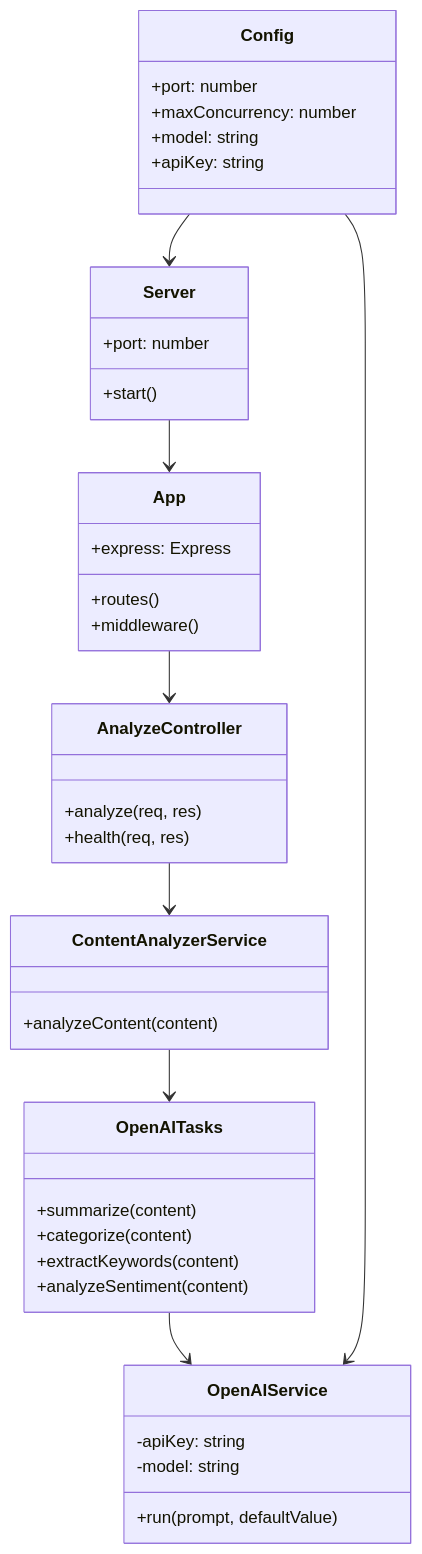
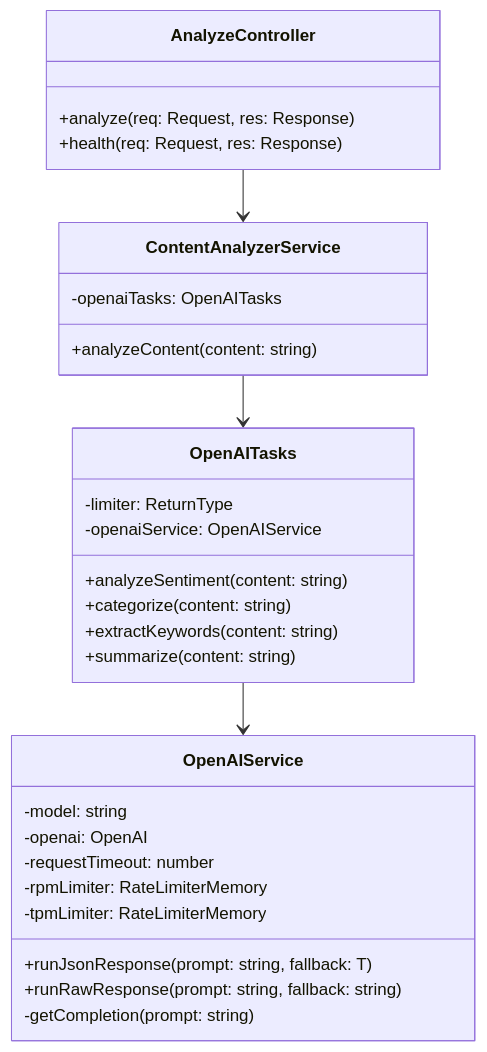
One commit to asanchezyali/backend-typescript-express-template changed the first of 4 diagrams in README.md. Above: the diagram before and after it, drawn with Mermaid. The commit also changed other lines of this file and 8 other files, not shown here.

Commit message:
feat: update environment configuration, add tiktoken dependency, and enhance OpenAI service with token estimation and concurrency limits

````diff
--- a/README.md
+++ b/README.md
@@ -60,50 +126,36 @@
 ```mermaid
 classDiagram
-    class Server {
-        +port: number
-        +start()
+    class OpenAIService {
+        -model: string
+        -openai: OpenAI
+        -requestTimeout: number
+        -rpmLimiter: RateLimiterMemory
+        -tpmLimiter: RateLimiterMemory
+        +runJsonResponse<T>(prompt: string, fallback: T)
+        +runRawResponse(prompt: string, fallback: string)
+        -getCompletion(prompt: string)
     }
 
-    class App {
-        +express: Express
-        +routes()
-        +middleware()
+    class OpenAITasks {
+        -limiter: ReturnType
+        -openaiService: OpenAIService
+        +analyzeSentiment(content: string)
+        +categorize(content: string)
+        +extractKeywords(content: string)
+        +summarize(content: string)
+    }
+
+    class ContentAnalyzerService {
+        -openaiTasks: OpenAITasks
+        +analyzeContent(content: string)
     }
 
     class AnalyzeController {
-        +analyze(req, res)
-        +health(req, res)
+        +analyze(req: Request, res: Response)
+        +health(req: Request, res: Response)
     }
 
-    class ContentAnalyzerService {
-        +analyzeContent(content)
-    }
-
-    class OpenAITasks {
-        +summarize(content)
-        +categorize(content)
-        +extractKeywords(content)
-        +analyzeSentiment(content)
-    }
-
-    class OpenAIService {
-        -apiKey: string
-        -model: string
-        +run<T>(prompt, defaultValue)
-    }
-
-    class Config {
-        +port: number
-        +maxConcurrency: number
-        +model: string
-        +apiKey: string
-    }
-
-    Server --> App
-    App --> AnalyzeController
     AnalyzeController --> ContentAnalyzerService
     ContentAnalyzerService --> OpenAITasks
     OpenAITasks --> OpenAIService
-    Config --> OpenAIService
-    Config --> Server
 ```
````
